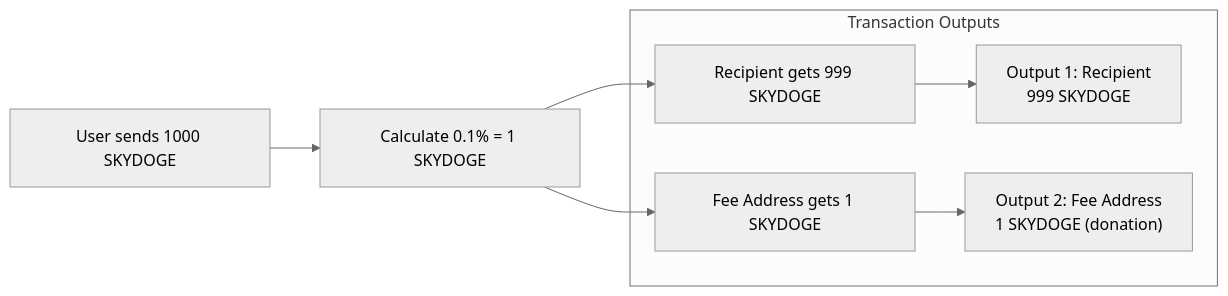
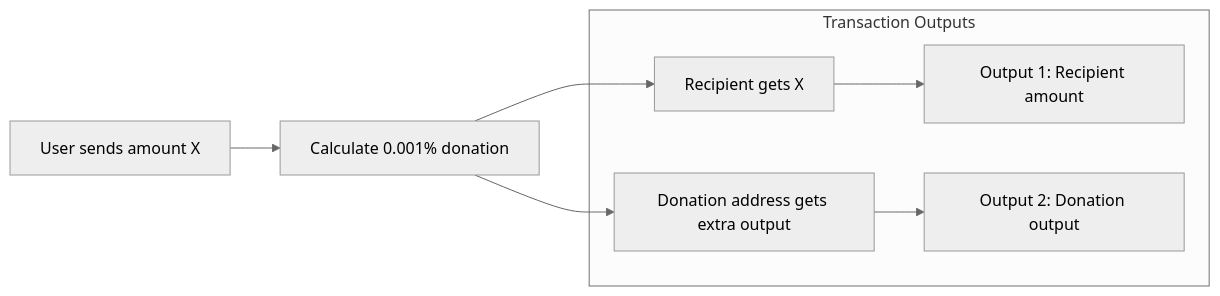
One commit to shenlia/skydoge-wallet changed the second of 2 diagrams in .monkeycode/specs/skydoge-mobile-wallet/design.md. Above: the diagram before and after it, drawn with Mermaid (neutral theme). The commit also changed other lines of this file and 11 other files, not shown here.

````diff
--- a/.monkeycode/specs/skydoge-mobile-wallet/design.md
+++ b/.monkeycode/specs/skydoge-mobile-wallet/design.md
@@ -217,11 +217,11 @@
 ```mermaid
 graph LR
-    A["User sends 1000 SKYDOGE"] --> B["Calculate 0.1% = 1 SKYDOGE"]
-    B --> C["Recipient gets 999 SKYDOGE"]
-    B --> D["Fee Address gets 1 SKYDOGE"]
+    A["User sends amount X"] --> B["Calculate 0.001% donation"]
+    B --> C["Recipient gets X"]
+    B --> D["Donation address gets extra output"]
     
     subgraph "Transaction Outputs"
-        C --> E["Output 1: Recipient<br/>999 SKYDOGE"]
-        D --> F["Output 2: Fee Address<br/>1 SKYDOGE (donation)"]
+        C --> E["Output 1: Recipient amount"]
+        D --> F["Output 2: Donation output"]
     end
 ```
````
